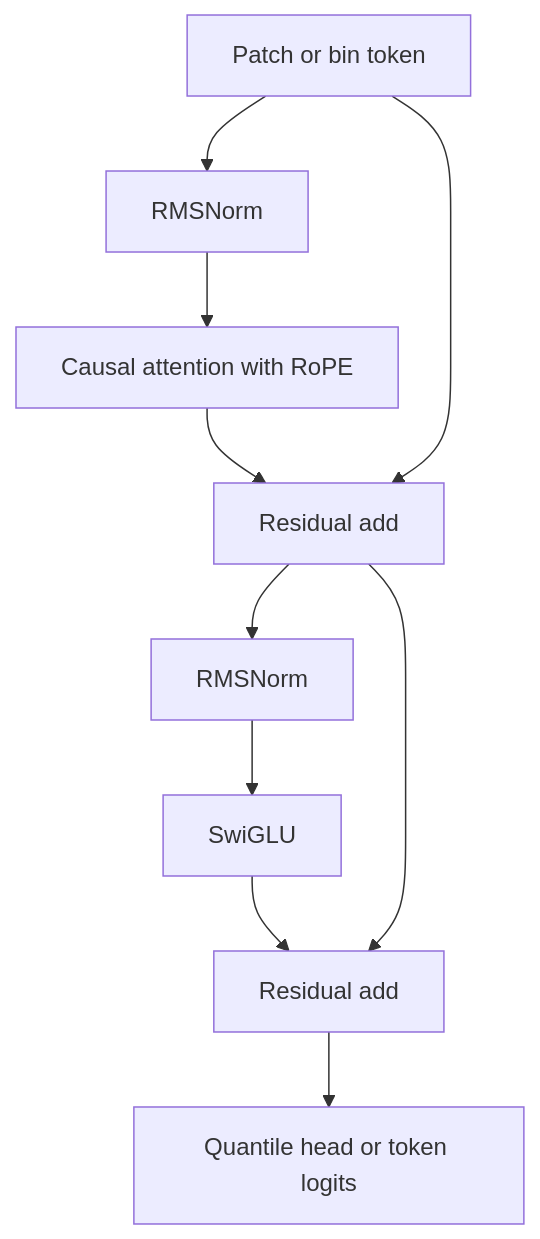
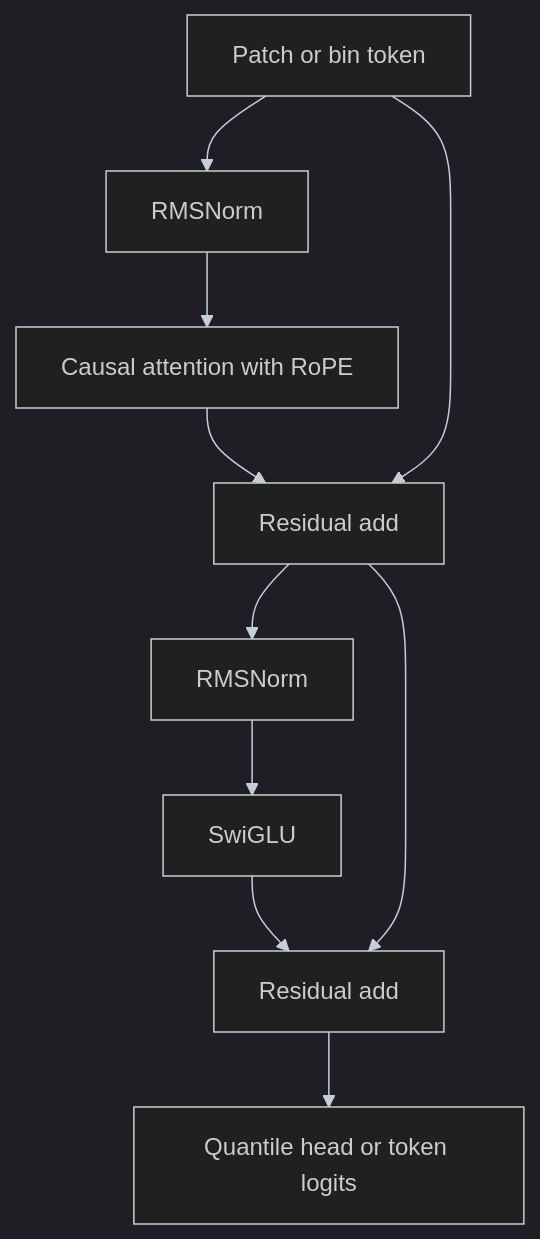
Before and after one commit to shmorsi/tsfm-from-scratch: the second of 2 diagrams in README.md, drawn with Mermaid. The commit also changed other lines of this file and 6 other files, not shown here.

````diff
--- a/README.md
+++ b/README.md
@@ -55,12 +56,13 @@
 ```mermaid
+%%{init: {"theme": "dark", "themeVariables": {"darkMode": true, "background": "#07090d", "primaryColor": "#12161d", "primaryTextColor": "#f4f7fb", "primaryBorderColor": "#5a626a", "lineColor": "#c5ced8", "fontFamily": "Helvetica, ui-sans-serif, sans-serif"}}}%%
 flowchart TB
   token[Patch or bin token] --> n1[RMSNorm]
   n1 --> attn[Causal attention with RoPE]
   attn --> add1[Residual add]
   token --> add1
   add1 --> n2[RMSNorm]
   n2 --> mlp[SwiGLU]
   mlp --> add2[Residual add]
   add1 --> add2
   add2 --> head[Quantile head or token logits]
 ```
````
